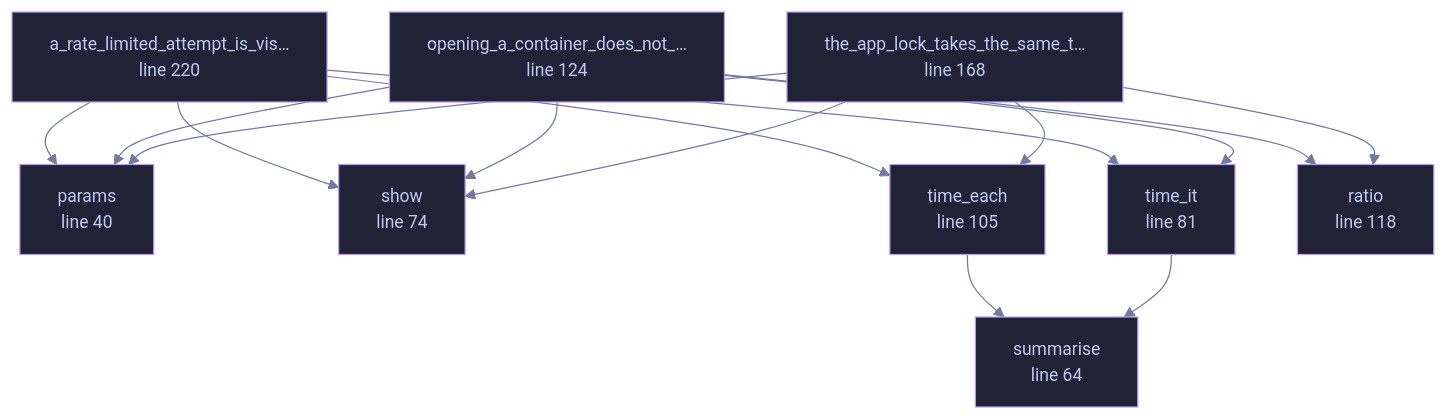
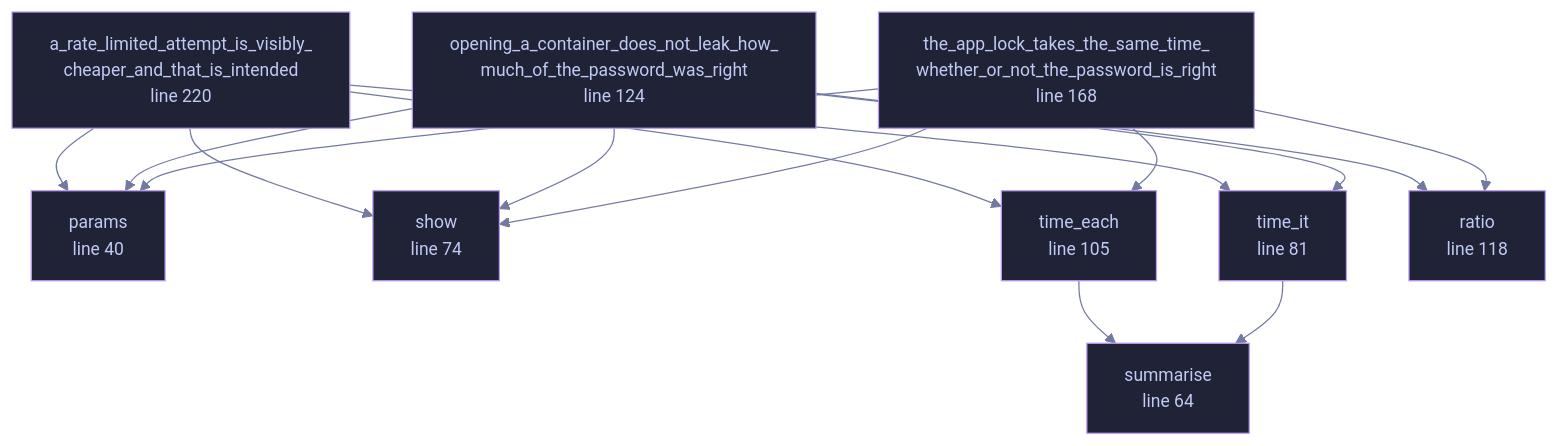
Before and after one commit to tilas01/veilvoice: the diagram in wiki/File-veilvoice-crypto-tests-timing.md, drawn with Mermaid. The commit also changed 348 other files, not shown here.

````diff
--- a/wiki/File-veilvoice-crypto-tests-timing.md
+++ b/wiki/File-veilvoice-crypto-tests-timing.md
@@ -65,38 +65,38 @@
 ```mermaid
 %%{init: {"theme":"base","themeVariables":{"background":"#1a1b26","primaryColor":"#1f2335","primaryTextColor":"#c0caf5","primaryBorderColor":"#7aa2f7","secondaryColor":"#16161e","tertiaryColor":"#16161e","lineColor":"#737aa2","textColor":"#c0caf5","mainBkg":"#1f2335","nodeBorder":"#7aa2f7","clusterBkg":"#16161e","clusterBorder":"#2f3549","fontFamily":"ui-monospace, SFMono-Regular, Consolas, monospace","fontSize":"14px"}}}%%
 flowchart TD
     n_params["params<br/>line 40"]
     n_summarise["summarise<br/>line 64"]
     n_show["show<br/>line 74"]
     n_time_it["time_it<br/>line 81"]
     n_time_each["time_each<br/>line 105"]
     n_ratio["ratio<br/>line 118"]
-    n_opening_a_container_does_not_leak_how_much_of_the_password_was_right["opening_a_container_does_not_…<br/>line 124"]
-    n_the_app_lock_takes_the_same_time_whether_or_not_the_password_is_right["the_app_lock_takes_the_same_t…<br/>line 168"]
-    n_a_rate_limited_attempt_is_visibly_cheaper_and_that_is_intended["a_rate_limited_attempt_is_vis…<br/>line 220"]
+    n_opening_a_container_does_not_leak_how_much_of_the_password_was_right["opening_a_container_does_not_leak_how_<br/>much_of_the_password_was_right<br/>line 124"]
+    n_the_app_lock_takes_the_same_time_whether_or_not_the_password_is_right["the_app_lock_takes_the_same_time_<br/>whether_or_not_the_password_is_right<br/>line 168"]
+    n_a_rate_limited_attempt_is_visibly_cheaper_and_that_is_intended["a_rate_limited_attempt_is_visibly_<br/>cheaper_and_that_is_intended<br/>line 220"]
     n_a_rate_limited_attempt_is_visibly_cheaper_and_that_is_intended --> n_params
     n_a_rate_limited_attempt_is_visibly_cheaper_and_that_is_intended --> n_show
     n_a_rate_limited_attempt_is_visibly_cheaper_and_that_is_intended --> n_time_each
     n_a_rate_limited_attempt_is_visibly_cheaper_and_that_is_intended --> n_time_it
     n_opening_a_container_does_not_leak_how_much_of_the_password_was_right --> n_params
     n_opening_a_container_does_not_leak_how_much_of_the_password_was_right --> n_ratio
     n_opening_a_container_does_not_leak_how_much_of_the_password_was_right --> n_show
     n_opening_a_container_does_not_leak_how_much_of_the_password_was_right --> n_time_it
     n_the_app_lock_takes_the_same_time_whether_or_not_the_password_is_right --> n_params
     n_the_app_lock_takes_the_same_time_whether_or_not_the_password_is_right --> n_ratio
     n_the_app_lock_takes_the_same_time_whether_or_not_the_password_is_right --> n_show
     n_the_app_lock_takes_the_same_time_whether_or_not_the_password_is_right --> n_time_each
     n_time_each --> n_summarise
     n_time_it --> n_summarise
     click n_params href "https://github.com/tilas01/veilvoice/blob/main/crates/veilvoice-crypto/tests/timing.rs#L40" "open the source"
     click n_summarise href "https://github.com/tilas01/veilvoice/blob/main/crates/veilvoice-crypto/tests/timing.rs#L64" "open the source"
     click n_show href "https://github.com/tilas01/veilvoice/blob/main/crates/veilvoice-crypto/tests/timing.rs#L74" "open the source"
     click n_time_it href "https://github.com/tilas01/veilvoice/blob/main/crates/veilvoice-crypto/tests/timing.rs#L81" "open the source"
     click n_time_each href "https://github.com/tilas01/veilvoice/blob/main/crates/veilvoice-crypto/tests/timing.rs#L105" "open the source"
     click n_ratio href "https://github.com/tilas01/veilvoice/blob/main/crates/veilvoice-crypto/tests/timing.rs#L118" "open the source"
     click n_opening_a_container_does_not_leak_how_much_of_the_password_was_right href "https://github.com/tilas01/veilvoice/blob/main/crates/veilvoice-crypto/tests/timing.rs#L124" "open the source"
     click n_the_app_lock_takes_the_same_time_whether_or_not_the_password_is_right href "https://github.com/tilas01/veilvoice/blob/main/crates/veilvoice-crypto/tests/timing.rs#L168" "open the source"
     click n_a_rate_limited_attempt_is_visibly_cheaper_and_that_is_intended href "https://github.com/tilas01/veilvoice/blob/main/crates/veilvoice-crypto/tests/timing.rs#L220" "open the source"
     classDef helper fill:#1f2335,stroke:#bb9af7,color:#c0caf5
     class n_params,n_summarise,n_show,n_time_it,n_time_each,n_ratio,n_opening_a_container_does_not_leak_how_much_of_the_password_was_right,n_the_app_lock_takes_the_same_time_whether_or_not_the_password_is_right,n_a_rate_limited_attempt_is_visibly_cheaper_and_that_is_intended helper
 ```
````
